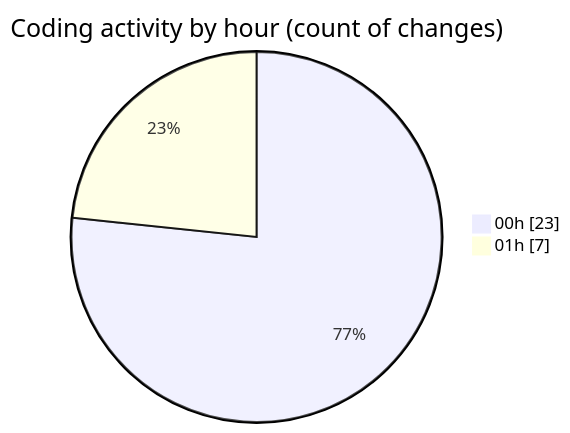
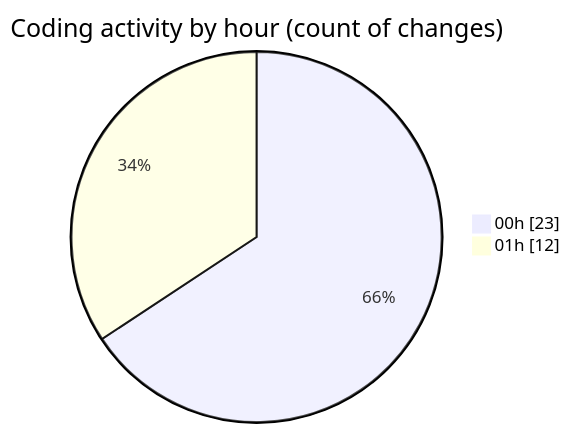
Before and after one commit to donsfak/code-tracking: the second of 2 diagrams in 2025-10-20/weather_insights_app/README.md, drawn with Mermaid. The commit also changed other lines of this file and 1 other file, not shown here.

````diff
--- a/2025-10-20/weather_insights_app/README.md
+++ b/2025-10-20/weather_insights_app/README.md
@@ -37,6 +37,6 @@
 ```mermaid
 pie showData
 title Coding activity by hour (count of changes)
 "00h" : 23
-"01h" : 7
+"01h" : 12
 ```
````
